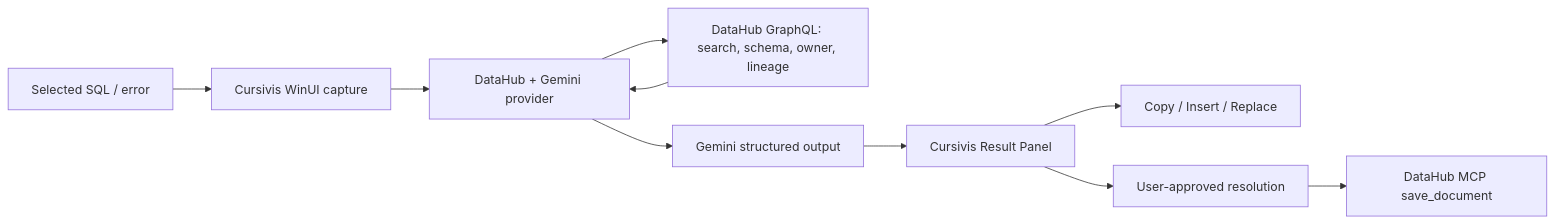
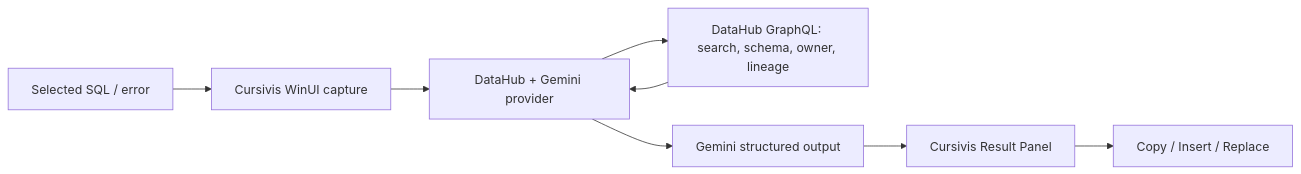
Before and after one commit to UnknownGod2011/cursivis-dataops: the diagram in README.md, drawn with Mermaid. The commit also changed other lines of this file, not shown here.

Commit message:
Make DataHub demo setup deterministic and truthful

````diff
--- a/README.md
+++ b/README.md
@@ -25,12 +28,10 @@
 ```mermaid
 flowchart LR
   A["Selected SQL / error"] --> B["Cursivis WinUI capture"]
   B --> C["DataHub + Gemini provider"]
   C --> D["DataHub GraphQL: search, schema, owner, lineage"]
   D --> C
   C --> E["Gemini structured output"]
   E --> F["Cursivis Result Panel"]
   F --> G["Copy / Insert / Replace"]
-  F --> H["User-approved resolution"]
-  H --> I["DataHub MCP save_document"]
 ```
````
